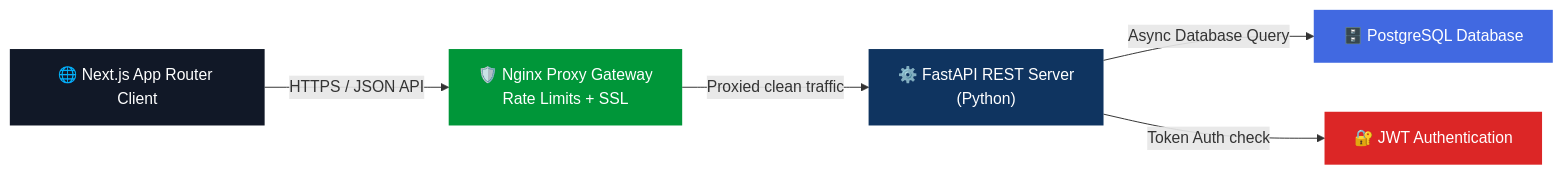
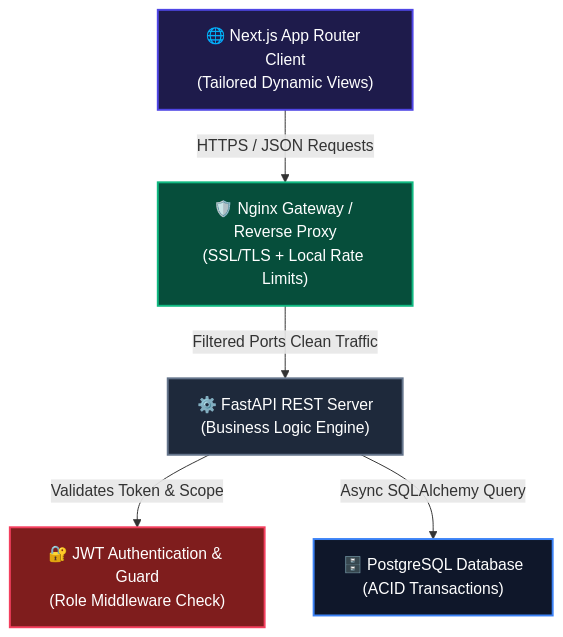
One commit to algorithnicmind/Bookflow-management changed the first of 5 diagrams in README.md. Above: the diagram before and after it, drawn with Mermaid. The commit also changed other lines of this file and 8 other files, not shown here.

````diff
--- a/README.md
+++ b/README.md
@@ -108,13 +122,21 @@
 ```mermaid
-graph LR
-    A["🌐 Next.js App Router Client"] -->|HTTPS / JSON API| B["🛡️ Nginx Proxy Gateway<br/>Rate Limits + SSL"]
-    B -->|Proxied clean traffic| C["⚙️ FastAPI REST Server<br/>(Python)"]
-    C -->|Async Database Query| D["🗄️ PostgreSQL Database"]
-    C -->|Token Auth check| E["🔐 JWT Authentication"]
+graph TD
+    %% Custom Styling
+    classDef client fill:#1e1b4b,stroke:#4f46e5,stroke-width:2px,color:#fff;
+    classDef proxy fill:#064e3b,stroke:#10b981,stroke-width:2px,color:#fff;
+    classDef backend fill:#1e293b,stroke:#64748b,stroke-width:2px,color:#fff;
+    classDef db fill:#0f172a,stroke:#3b82f6,stroke-width:2px,color:#fff;
+    classDef security fill:#7f1d1d,stroke:#f43f5e,stroke-width:2px,color:#fff;
 
-    style A fill:#111827,color:#fff,stroke:none
-    style B fill:#009639,color:#fff,stroke:none
-    style C fill:#0f3460,color:#fff,stroke:none
-    style D fill:#4169E1,color:#fff,stroke:none
-    style E fill:#DC2626,color:#fff,stroke:none
+    Client["🌐 Next.js App Router Client<br/>(Tailored Dynamic Views)"]:::client
+    Proxy["🛡️ Nginx Gateway / Reverse Proxy<br/>(SSL/TLS + Local Rate Limits)"]:::proxy
+    API["⚙️ FastAPI REST Server<br/>(Business Logic Engine)"]:::backend
+    DB["🗄️ PostgreSQL Database<br/>(ACID Transactions)"]:::db
+    JWT["🔐 JWT Authentication & Guard<br/>(Role Middleware Check)"]:::security
+
+    Client -->|HTTPS / JSON Requests| Proxy
+    Proxy -->|Filtered Ports Clean Traffic| API
+    API -->|Validates Token & Scope| JWT
+    API -->|Async SQLAlchemy Query| DB
+
 ```
````
